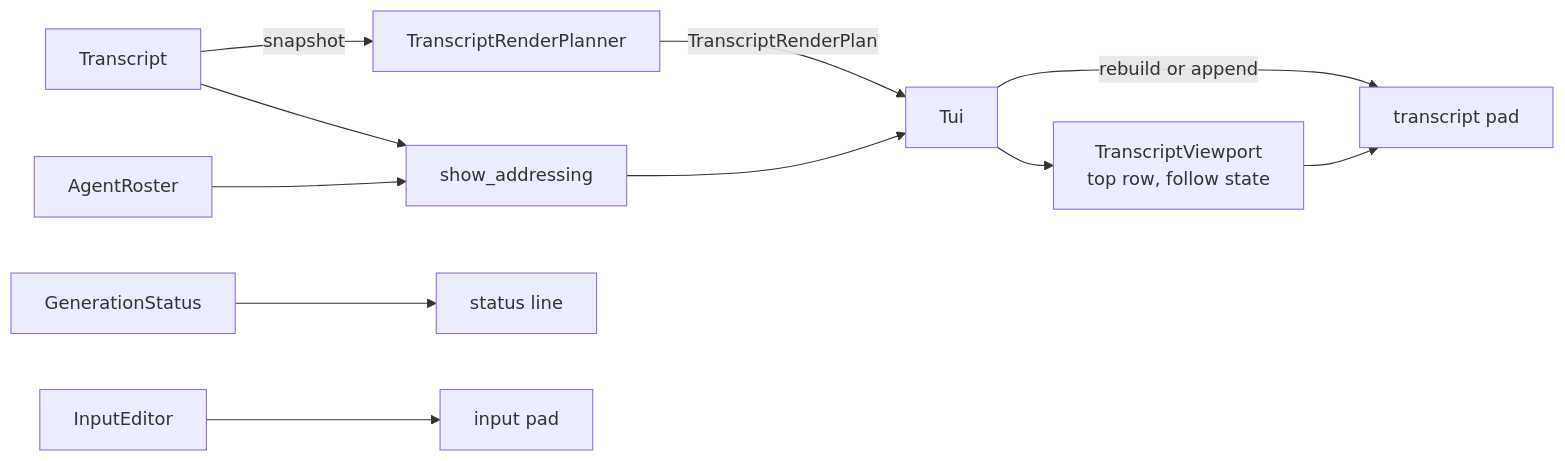
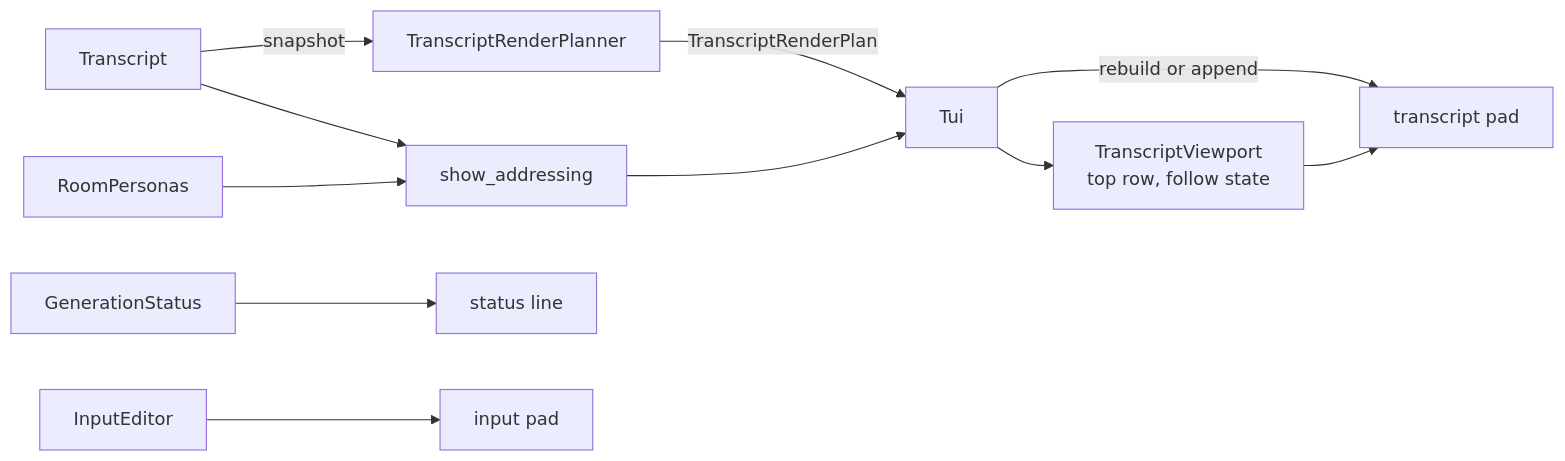
The second of 2 diagrams in src/ui/terminal/README.md (michaelpopov/cha), drawn with Mermaid before and after one commit. The commit also changed other lines of this file and 39 other files, not shown here.

````diff
--- a/src/ui/terminal/README.md
+++ b/src/ui/terminal/README.md
@@ -92,13 +92,13 @@
 ```mermaid
 flowchart LR
     conv["Transcript"] -->|"snapshot"| plan["TranscriptRenderPlanner"]
     plan -->|"TranscriptRenderPlan"| tui["Tui"]
     tui -->|"rebuild or append"| pad["transcript pad"]
     tui --> port["TranscriptViewport<br/>top row, follow state"]
     port --> pad
-    roster["AgentRoster"] --> addr["show_addressing"]
+    personas["RoomPersonas"] --> addr["show_addressing"]
     conv --> addr
     addr --> tui
     status["GenerationStatus"] --> line["status line"]
     editor["InputEditor"] --> inpad["input pad"]
 ```
````
